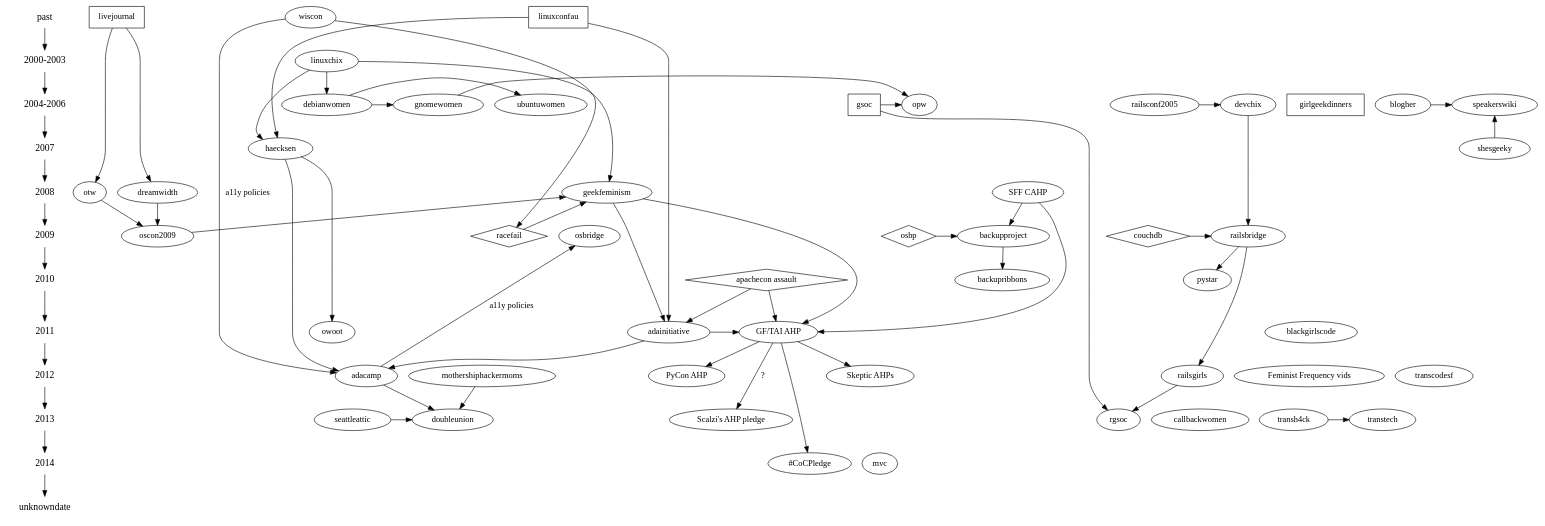
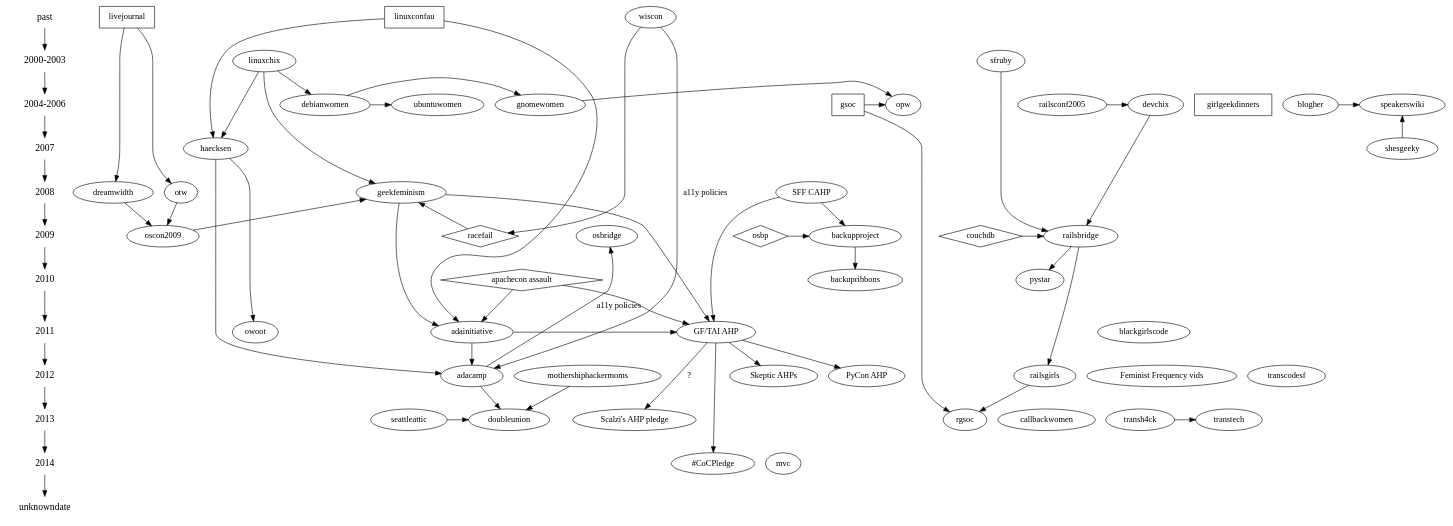
The diagram in gfft.dot (brainwane/gf-family-tree), drawn with Graphviz before and after one commit. The commit also changed 1 other file, not shown here.

Commit message:
adding SFRuby connection to RailsBridge too

```diff
--- a/gfft.dot
+++ b/gfft.dot
@@ -1,161 +1,163 @@
 digraph GeekFeminismFamilyTree {
 
   /*
      The following shapes are used for different types of things:
      oval = geek feminist/women-in-tech/etc organisation
      rectangle = orgs that aren't particularly feminist, but are influential
      diamond = event/incident (cf. GF wiki "Timeline of Incidents")
   */
 
   /*
      And this section lays out the history in terms of years.
   */
 
   {
     node [shape=plaintext, fontsize=16];
     past -> "2000-2003" -> "2004-2006" -> 2007 -> 2008 -> 2009 -> 2010 -> 2011 -> 2012 -> 2013 -> 2014 -> unknowndate;
   }
   { rank = same; past; livejournal; wiscon; linuxconfau}
-  { rank = same; "2000-2003"; linuxchix; }
+  { rank = same; "2000-2003"; linuxchix; sfruby}
   { rank = same; "2004-2006"; gsoc; opw; ubuntuwomen; gnomewomen; debianwomen; girlgeekdinners; blogher; speakerswiki; railsconf2005; devchix}
   { rank = same; 2007; haecksen; shesgeeky; }
   { rank = same; 2008; "SFF CAHP"; geekfeminism; dreamwidth; otw; }
   { rank = same; 2009; oscon2009; racefail; couchdb; railsbridge; osbp; backupproject; osbridge; }
   { rank = same; 2010; "apachecon assault"; backupribbons;}
   { rank = same; 2011; adainitiative; "GF/TAI AHP"; owoot; blackgirlscode }
   { rank = same; 2012; adacamp; railsgirls; "Skeptic AHPs"; "PyCon AHP"; "Feminist Frequency vids"; transcodesf; }
   { rank = same; 2013; seattleattic; doubleunion; rgsoc; callbackwomen; "Scalzi's AHP pledge"; transh4ck; transtech; }
   { rank = same; 2014; mvc; "#CoCPledge"; }
   { rank = same; 2014; mvc }
   { rank = same; unknowndate; }
 
   /* GGD explicitly identify as non-feminist
    * news.bbc.co.uk/2/hi/technology/8663593.stm */
   girlgeekdinners [shape=rectangle]
 
   /* Skud set up the GF wiki in 2008, mostly inspired by earlier "women
    * in open source" communities such as linuxchix */
   linuxchix -> geekfeminism;
 
   /* in 2009, Racefail introduced Skud and other GF wiki contributors to
    * a lot of new ideas */
   racefail -> geekfeminism;
   racefail [shape=diamond];
 
   /* in 2010, the Noirin Plunkett's assault at ApacheCon triggered
    * discussions about anti-harassment that would lead to the formation
    * of the Ada Initiative */
   "apachecon assault" -> adainitiative;
   "apachecon assault" [shape=diamond];
 
   /* GF (esp. volunteer burnout) was an influence on TAI */
   geekfeminism -> adainitiative;
 
   /* The first TAI discussions were held at LCA */
   linuxconfau -> adainitiative;
   linuxconfau [shape=rectangle];
 
   /* TAI wrote the first conf anti-harassment poilcy in response to the
    * apachecon assault */
   "apachecon assault" -> "GF/TAI AHP"
   "geekfeminism" -> "GF/TAI AHP"
   "adainitiative" -> "GF/TAI AHP"
 
   /* The Con Anti-Harassment Policy (out of SFF fandom) also inspired it */
   "SFF CAHP" -> "GF/TAI AHP"
 
   /* Vaguely related: Open Source Boob Project and Backup Project */
   osbp -> backupproject
   osbp [shape=diamond]
   "SFF CAHP" -> backupproject
   backupproject -> backupribbons;
 
   /* The GF/TAI AHP inspired the PyCon variant */
   "GF/TAI AHP" -> "PyCon AHP";
 
   /* The GF/TAI AHP inspired the skeptic variants */
   "GF/TAI AHP" -> "Skeptic AHPs";
   "GF/TAI AHP" -> "#CoCPledge";
 
   /* Causation here is less clear. */
   "GF/TAI AHP" -> "Scalzi's AHP pledge" [label="?"];
 
   adainitiative -> adacamp;
 
   /* Adacamp was inspired in some ways by Wiscon, eg. accessibility */
   wiscon -> adacamp [label="a11y policies"];
   /* and then open source bridge picked up some of that from adacamp */
   adacamp -> osbridge [label="a11y policies"];
 
   /* DoubleUnion came out of AdaCamp SF in 2013 */
   adacamp -> doubleunion;
   /* pretty sure mothership hackermoms was also an inspiration? */
   mothershiphackermoms -> doubleunion;
   seattleattic -> doubleunion;
 
   /* Various early women-in-open-source mailing lists etc */
   linuxchix -> debianwomen;
   debianwomen -> ubuntuwomen;
   /* Direct ancestry, because Hanna Wallach did debianwomen first and
    * then GNOME Women, and was never a big participant in LinuxChix*/
   debianwomen -> gnomewomen;
   haecksen -> owoot;
 
   /* Gnome Outreach Program for Women, now FOSS OPW */
   gnomewomen -> opw;
   /* "The Outreach Program for Women (OPW) was inspired by Google's
    * Summer of Code and by how few women applied for it."
    * via gnome.org/opw (why can't I include double slashes in a comment?)
    */
   gsoc -> opw;
   gsoc [shape=rectangle]
 
   /* LinuxChix inspired the Haecksen miniconf at LCA */
   linuxchix -> haecksen;
   linuxconfau -> haecksen;
 
   /* Both creations of Mary Gardiner's, one of the inputs to AdaCamp is
      what wasn't possible with Haecksen */
   haecksen -> adacamp;
 
   /* RailsBridge happened in response to the CouchDB incident at
    * GoGaRuCo */
   couchdb -> railsbridge;
   couchdb [shape=diamond];
   railsbridge -> pystar;
   railsbridge -> railsgirls;
 
   /* There's now a rails girls summer of code */
 
   railsgirls -> rgsoc;
   gsoc -> rgsoc;
 
   wiscon -> racefail;
 
   /* Livejournal (esp. their fail) inspired DW and OTW */
   livejournal -> dreamwidth;
   livejournal -> otw;
   livejournal [shape=rectangle]
 
   /* Dreamwidth and OTW inspired Skud's 2009 OSCON keynote */
   dreamwidth -> oscon2009;
   otw -> oscon2009;
 
   /* GF blog came out of the oscon2009 keynote, as a place to have
    * ongoing conversations */
   oscon2009 -> geekfeminism;
 
   /* Trans*H4CK inspired the Transtech meetups
    * lukasblakk.com/why-i-was-part-of-creating-a-thing-called-transtech/ */
   transh4ck -> transtech;
 
   /* Speaker's wiki (www.socialtext.net/speakers) came out of BlogHer
    * '05 and is supported by She's Geeky */
   blogher -> speakerswiki;
   shesgeeky -> speakerswiki;
 
   /* Desi McAdam started DevChix in 2005 with initial membership from user groups and RailsConf 2005 */
-  /* And RailsBridge planning started on the DevChix wiki...which no longer exists */
-  railsconf2005 -> devchix -> railsbridge;
+  /* After seeing few women at SFRuby, Sarah Mei worked with DevChix folks organizing RailsBridge on the DevChix wiki */
+  railsconf2005 -> devchix;
+  devchix -> railsbridge;
+  sfruby -> railsbridge;
 
 }
```
